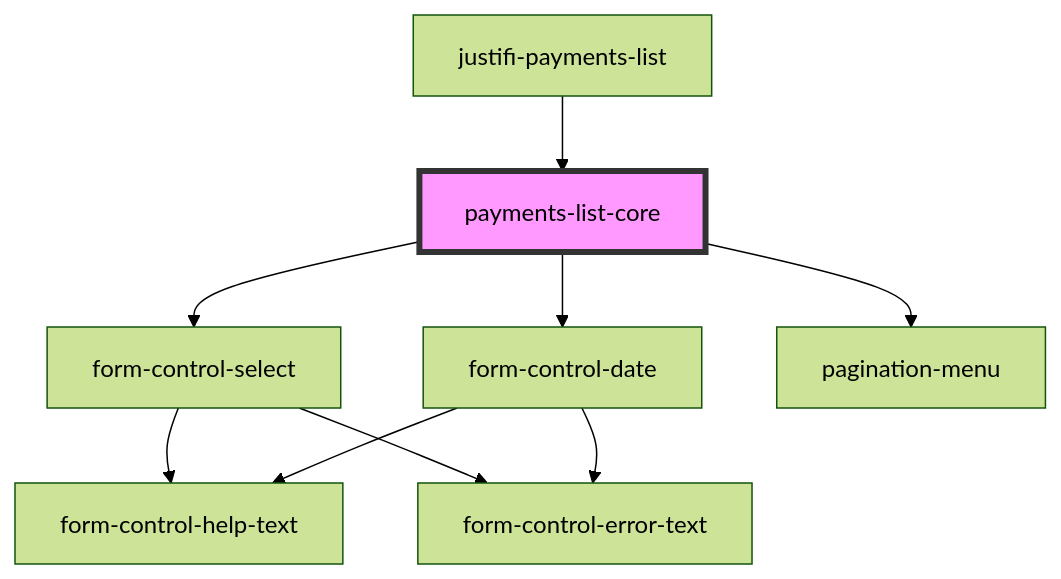
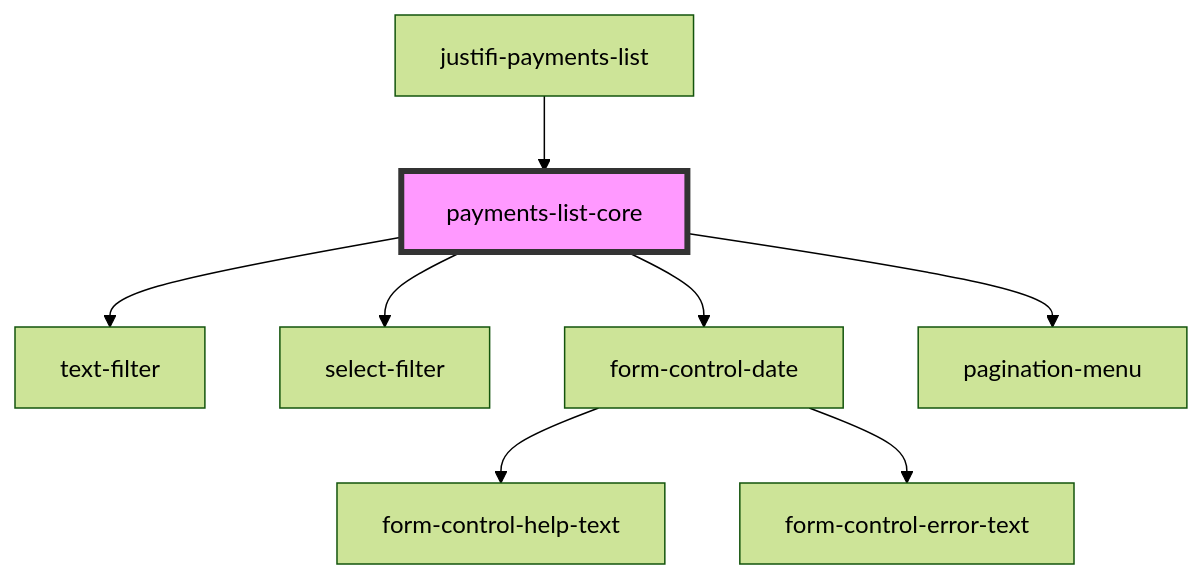
One commit to justifi-tech/web-component-library changed the diagram in packages/webcomponents/src/components/payments-list/readme.md. Above: the diagram before and after it, drawn with Mermaid (forest theme). The commit also changed other lines of this file and 5 other files, not shown here.

````diff
--- a/packages/webcomponents/src/components/payments-list/readme.md
+++ b/packages/webcomponents/src/components/payments-list/readme.md
@@ -48,12 +49,11 @@
 ```mermaid
 graph TD;
-  payments-list-core --> form-control-select
+  payments-list-core --> text-filter
+  payments-list-core --> select-filter
   payments-list-core --> form-control-date
   payments-list-core --> pagination-menu
-  form-control-select --> form-control-help-text
-  form-control-select --> form-control-error-text
   form-control-date --> form-control-help-text
   form-control-date --> form-control-error-text
   justifi-payments-list --> payments-list-core
   style payments-list-core fill:#f9f,stroke:#333,stroke-width:4px
 ```
````
